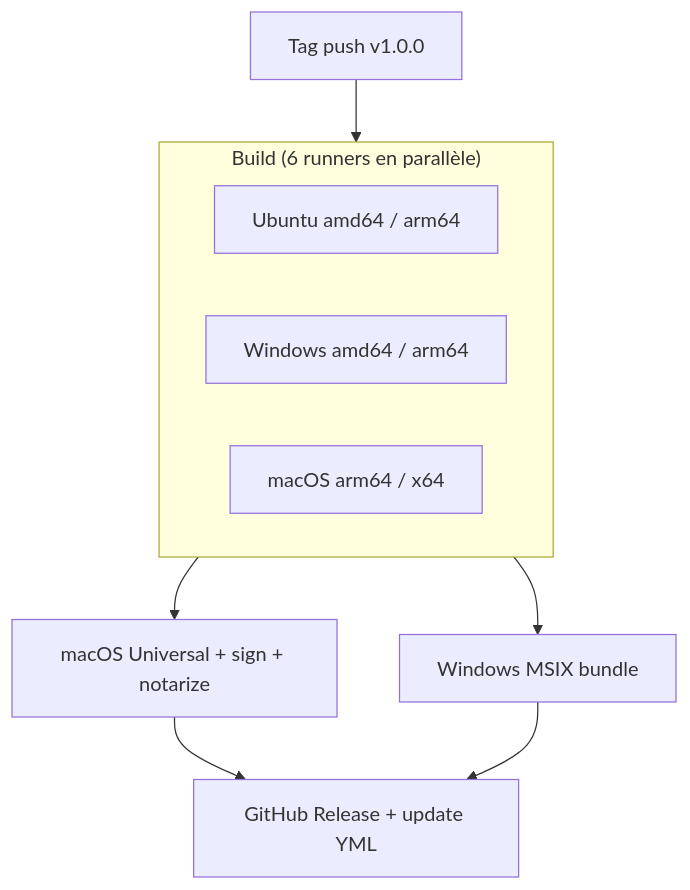
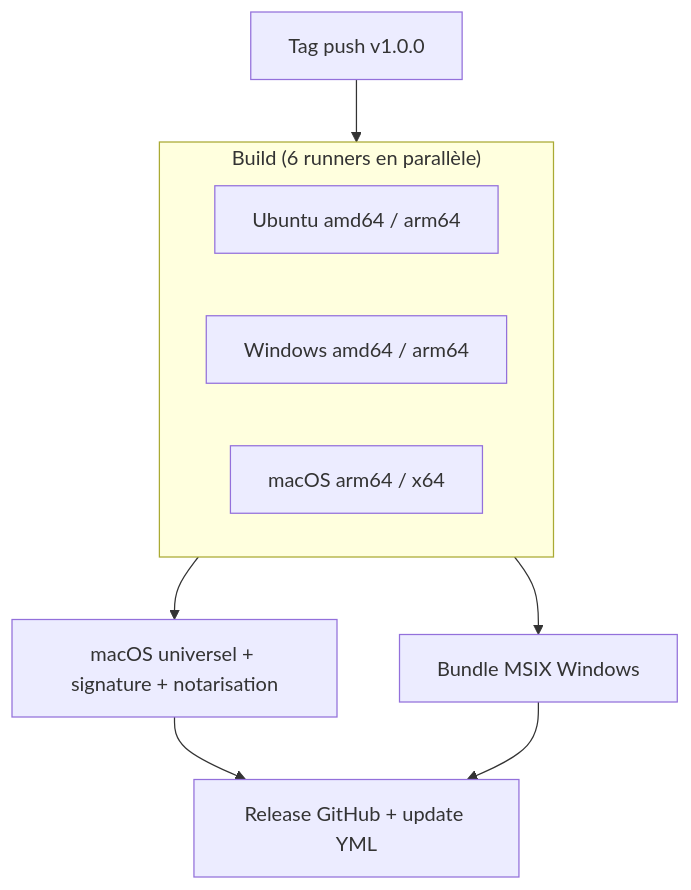
The diagram in content/docs/packaging/ci-cd.fr.mdx (NucleusFramework/nucleus-website), drawn with Mermaid before and after one commit. The commit also changed other lines of this file and 199 other files, not shown here.

````diff
--- a/content/docs/packaging/ci-cd.fr.mdx
+++ b/content/docs/packaging/ci-cd.fr.mdx
@@ -111,13 +228,13 @@
 ```mermaid
 flowchart TB
     tag["Tag push v1.0.0"] --> build
     subgraph build ["Build (6 runners en parallèle)"]
       ubuntu["Ubuntu amd64 / arm64"]
       windows["Windows amd64 / arm64"]
       macos["macOS arm64 / x64"]
     end
-    build --> macos_sign["macOS Universal + sign + notarize"]
-    build --> msix["Windows MSIX bundle"]
-    macos_sign --> publish["GitHub Release + update YML"]
+    build --> macos_sign["macOS universel + signature + notarisation"]
+    build --> msix["Bundle MSIX Windows"]
+    macos_sign --> publish["Release GitHub + update YML"]
     msix --> publish
 ```
````
